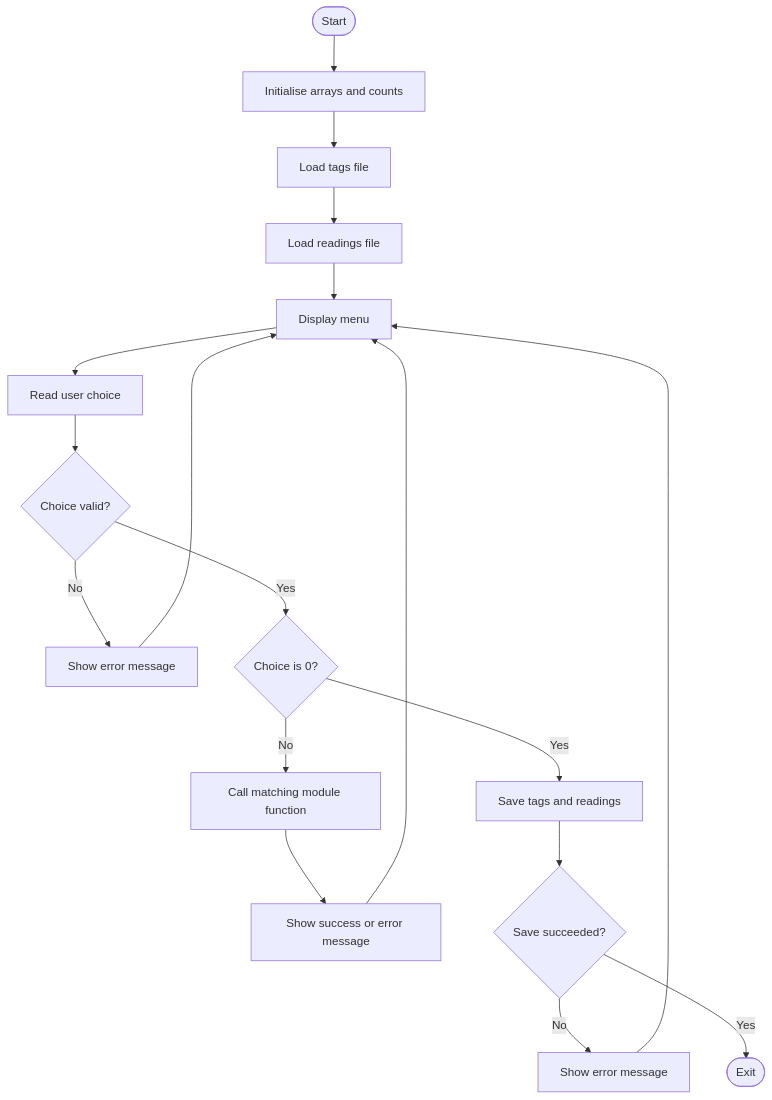
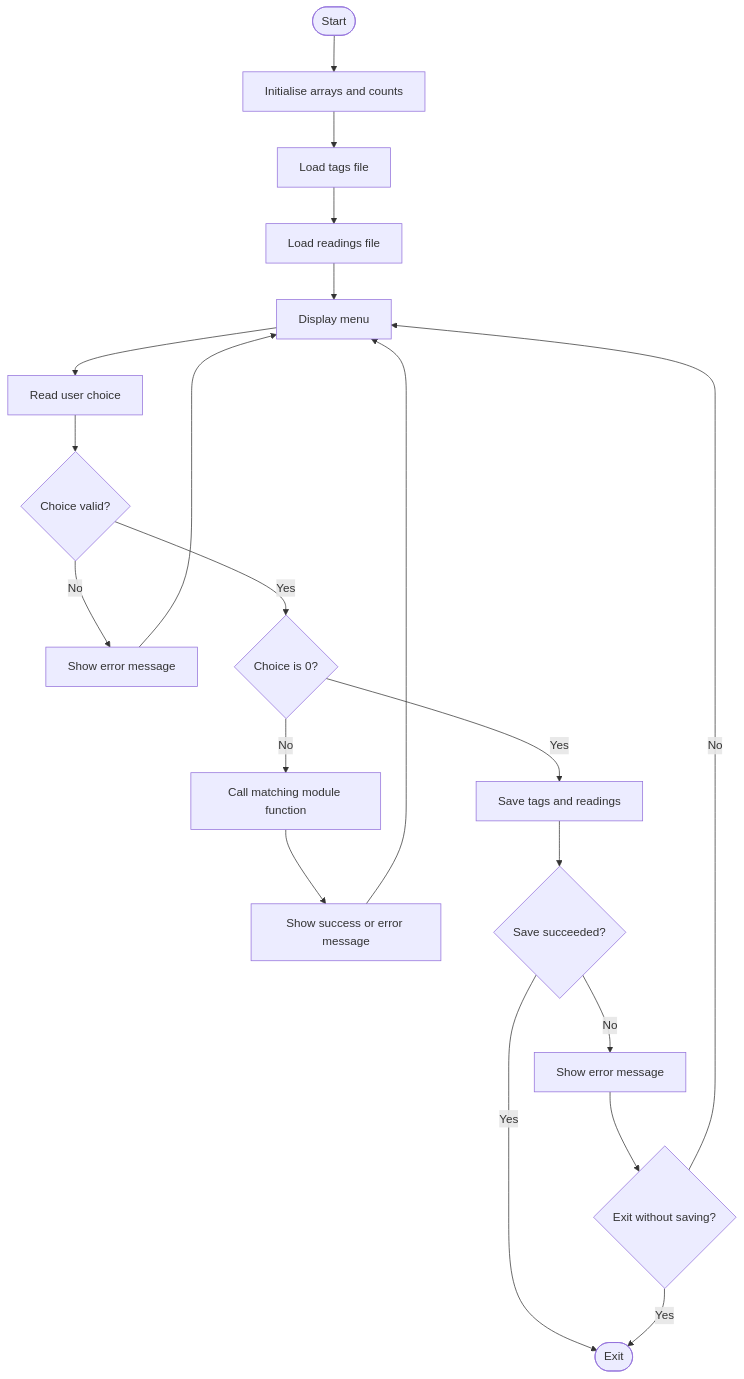
Before and after one commit to Dhruv171007/process-data-logger-alarm-analyzer: the first of 3 diagrams in docs/detailed_design.md, drawn with Mermaid. The commit also changed other lines of this file and 2 other files, not shown here.

````diff
--- a/docs/detailed_design.md
+++ b/docs/detailed_design.md
@@ -599,20 +727,22 @@
 ```mermaid
 flowchart TD
     A([Start]) --> B[Initialise arrays and counts]
     B --> C[Load tags file]
     C --> D[Load readings file]
     D --> E[Display menu]
     E --> F[Read user choice]
     F --> G{Choice valid?}
     G -- No --> H[Show error message]
     H --> E
     G -- Yes --> I{Choice is 0?}
     I -- No --> J[Call matching module function]
     J --> K[Show success or error message]
     K --> E
     I -- Yes --> L[Save tags and readings]
     L --> M{Save succeeded?}
+    M -- Yes --> O([Exit])
     M -- No --> N[Show error message]
-    N --> E
-    M -- Yes --> O([Exit])
+    N --> P{Exit without saving?}
+    P -- Yes --> O
+    P -- No --> E
 ```
````
